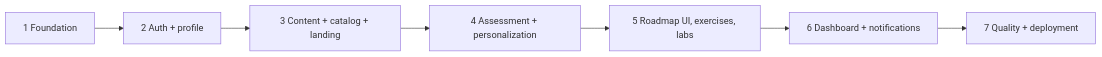
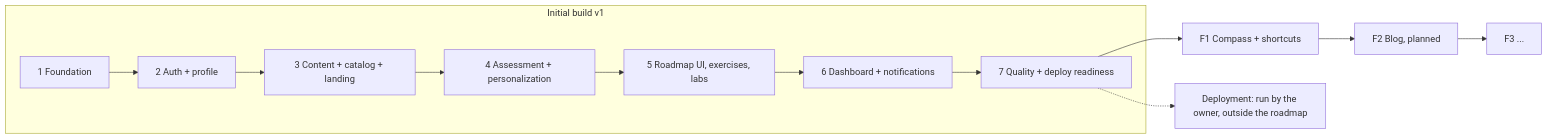
The diagram in docs/IMPLEMENTATION_ROADMAP.md (VoHieu906/Cyber-Compass), drawn with Mermaid before and after one commit. The commit also changed other lines of this file and 9 other files, not shown here.

First line of the commit message:
docs(roadmap): feature track ids and a deploy-ready gate (D54)

````diff
--- a/docs/IMPLEMENTATION_ROADMAP.md
+++ b/docs/IMPLEMENTATION_ROADMAP.md
@@ -5,9 +5,15 @@
 ```mermaid
 flowchart LR
-  P1[1 Foundation] --> P2[2 Auth + profile]
-  P2 --> P3[3 Content + catalog + landing]
-  P3 --> P4[4 Assessment + personalization]
-  P4 --> P5[5 Roadmap UI, exercises, labs]
-  P5 --> P6[6 Dashboard + notifications]
-  P6 --> P7[7 Quality + deployment]
+  subgraph v1[Initial build v1]
+    P1[1 Foundation] --> P2[2 Auth + profile]
+    P2 --> P3[3 Content + catalog + landing]
+    P3 --> P4[4 Assessment + personalization]
+    P4 --> P5[5 Roadmap UI, exercises, labs]
+    P5 --> P6[6 Dashboard + notifications]
+    P6 --> P7[7 Quality + deploy readiness]
+  end
+  P7 --> F1[F1 Compass + shortcuts]
+  F1 --> F2[F2 Blog, planned]
+  F2 --> FN[F3 ...]
+  P7 -.-> DEP[Deployment: run by the owner, outside the roadmap]
 ```
````
